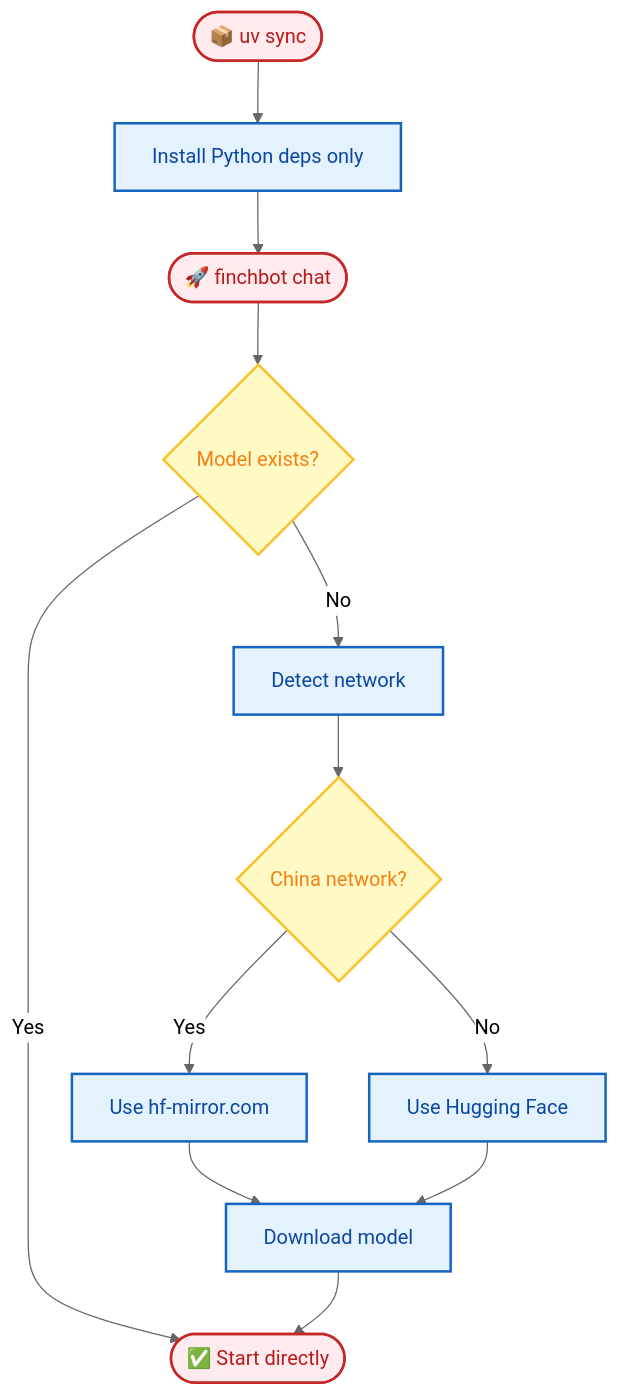
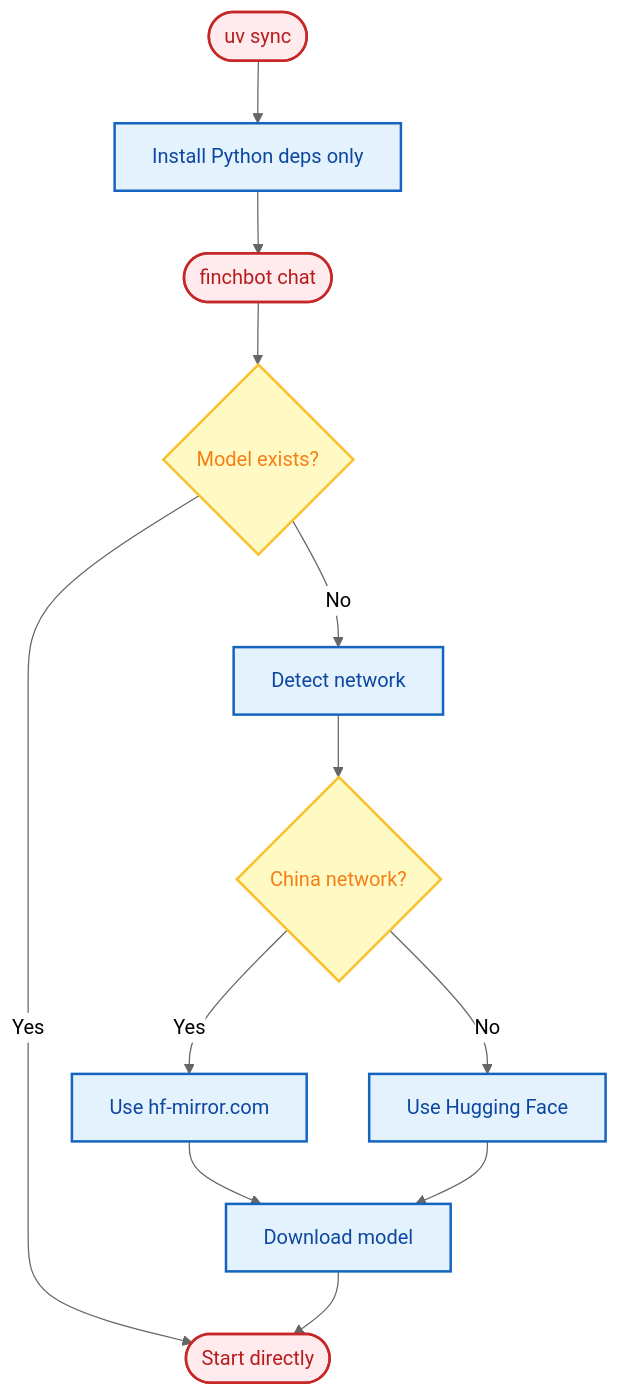
The third of 3 diagrams in docs/en-US/development.md (xt765/FinchBot), drawn with Mermaid (neutral theme) before and after one commit. The commit also changed other lines of this file and 18 other files, not shown here.

First line of the commit message:
docs: 简化架构图并删除所有mermaid图中的表情包

````diff
--- a/docs/en-US/development.md
+++ b/docs/en-US/development.md
@@ -243,19 +241,18 @@
 ```mermaid
 flowchart TD
-    %% Style Definitions
     classDef startEnd fill:#ffebee,stroke:#c62828,stroke-width:2px,color:#b71c1c;
     classDef process fill:#e3f2fd,stroke:#1565c0,stroke-width:2px,color:#0d47a1;
     classDef decision fill:#fff9c4,stroke:#fbc02d,stroke-width:2px,color:#f57f17;
 
-    A([📦 uv sync]):::startEnd --> B[Install Python deps only]:::process
-    B --> C([🚀 finchbot chat]):::startEnd
+    A([uv sync]):::startEnd --> B[Install Python deps only]:::process
+    B --> C([finchbot chat]):::startEnd
     C --> D{Model exists?}:::decision
-    D -->|Yes| E([✅ Start directly]):::startEnd
+    D -->|Yes| E([Start directly]):::startEnd
     D -->|No| F[Detect network]:::process
     F --> G{China network?}:::decision
     G -->|Yes| H[Use hf-mirror.com]:::process
     G -->|No| I[Use Hugging Face]:::process
     H --> J[Download model]:::process
     I --> J
     J --> E
 ```
````
